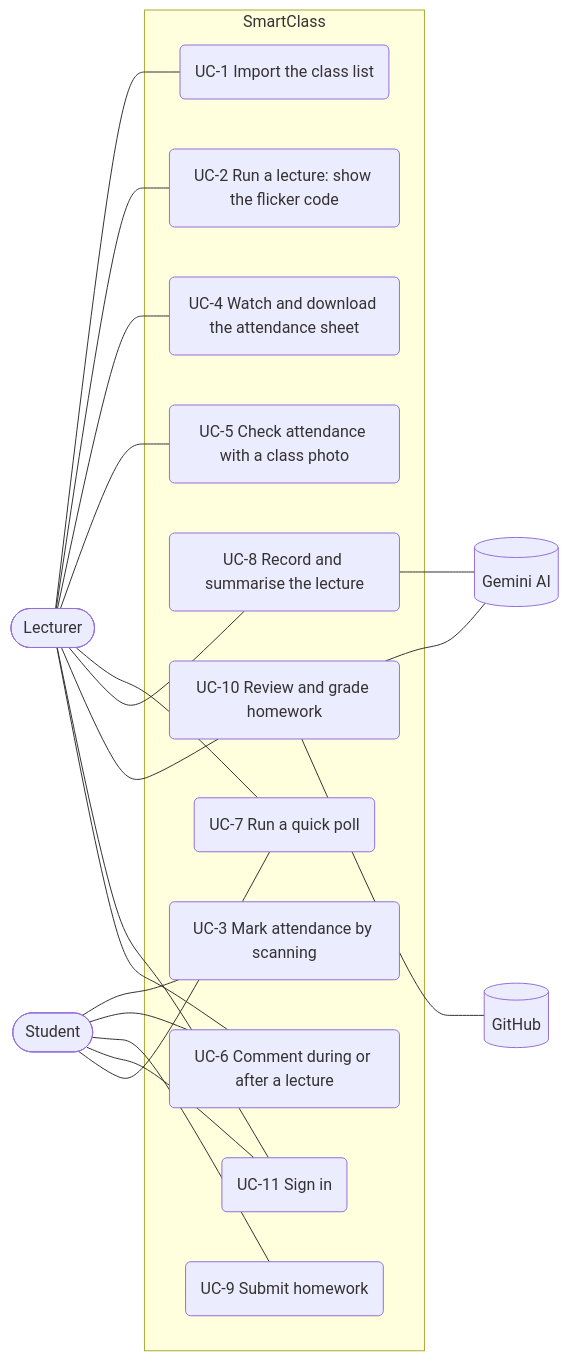
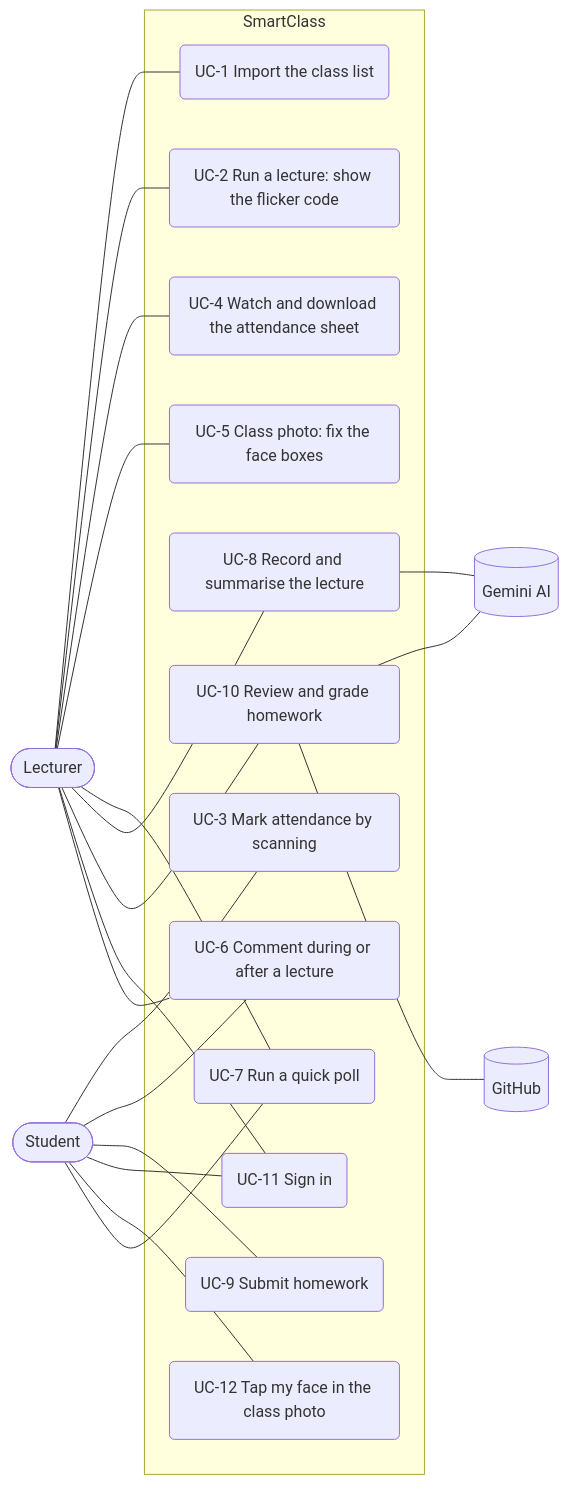
The diagram in docs/04_USE_CASES.md (minion-dog/I2CS_Ex2-smart-class-demo), drawn with Mermaid before and after one commit. The commit also changed other lines of this file and 54 other files, not shown here.

First line of the commit message:
Class photo with face boxes, 5 s QR, AI key in a Cloudflare Worker

````diff
--- a/docs/04_USE_CASES.md
+++ b/docs/04_USE_CASES.md
@@ -5,27 +5,28 @@
 ```mermaid
 flowchart LR
     L([Lecturer])
     S([Student])
     G[(Gemini AI)]
     H[(GitHub)]
     subgraph SmartClass
         UC1(UC-1 Import the class list)
         UC2(UC-2 Run a lecture: show the flicker code)
         UC3(UC-3 Mark attendance by scanning)
         UC4(UC-4 Watch and download the attendance sheet)
-        UC5(UC-5 Check attendance with a class photo)
+        UC5(UC-5 Class photo: fix the face boxes)
+        UC12(UC-12 Tap my face in the class photo)
         UC6(UC-6 Comment during or after a lecture)
         UC7(UC-7 Run a quick poll)
         UC8(UC-8 Record and summarise the lecture)
         UC9(UC-9 Submit homework)
         UC10(UC-10 Review and grade homework)
         UC11(UC-11 Sign in)
     end
     L --- UC1 & UC2 & UC4 & UC5 & UC7 & UC8 & UC10 & UC11
-    S --- UC3 & UC6 & UC9 & UC11
+    S --- UC3 & UC6 & UC9 & UC11 & UC12
     L --- UC6
     S --- UC7
     UC8 --- G
     UC10 --- G
     UC10 --- H
 ```
````
